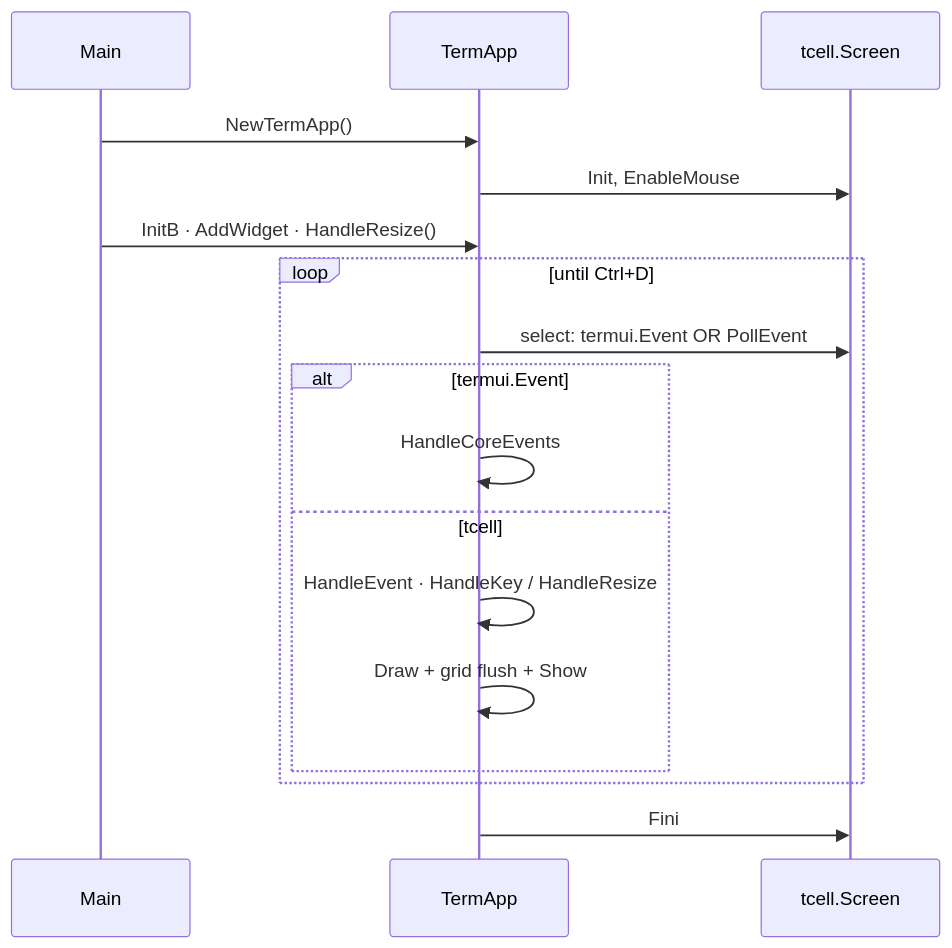
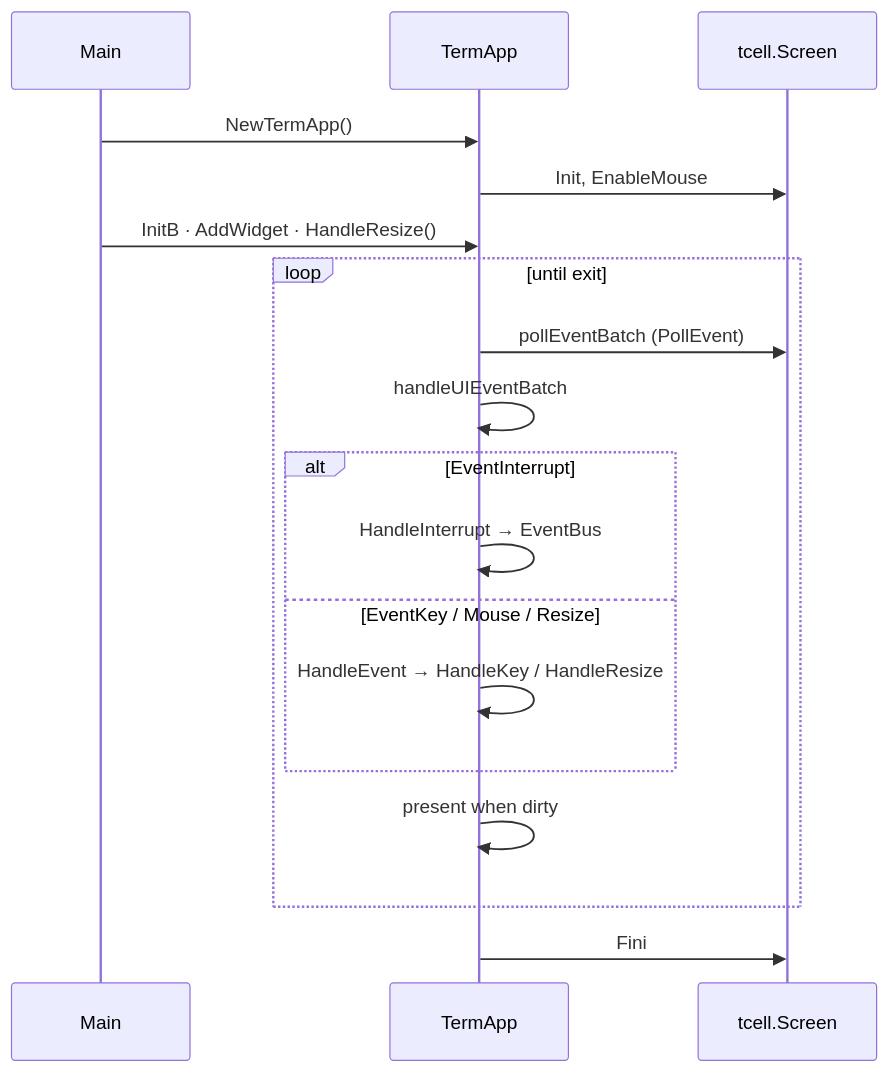
One commit to yairgd/gdbforge changed the first of 2 diagrams in docs/DEVELOPER_GUIDE.md. Above: the diagram before and after it, drawn with Mermaid. The commit also changed other lines of this file and 243 other files, not shown here.

````diff
--- a/docs/DEVELOPER_GUIDE.md
+++ b/docs/DEVELOPER_GUIDE.md
@@ -172,20 +175,21 @@
 ```mermaid
 sequenceDiagram
     participant Main
     participant App as TermApp
     participant Screen as tcell.Screen
 
     Main->>App: NewTermApp()
     App->>Screen: Init, EnableMouse
     Main->>App: InitB · AddWidget · HandleResize()
-    loop until Ctrl+D
-        App->>Screen: select: termui.Event OR PollEvent
-        alt termui.Event
-            App->>App: HandleCoreEvents
-        else tcell
-            App->>App: HandleEvent · HandleKey / HandleResize
-            App->>App: Draw + grid flush + Show
+    loop until exit
+        App->>Screen: pollEventBatch (PollEvent)
+        App->>App: handleUIEventBatch
+        alt EventInterrupt
+            App->>App: HandleInterrupt → EventBus
+        else EventKey / Mouse / Resize
+            App->>App: HandleEvent → HandleKey / HandleResize
         end
+        App->>App: present when dirty
     end
     App->>Screen: Fini
 ```
````
